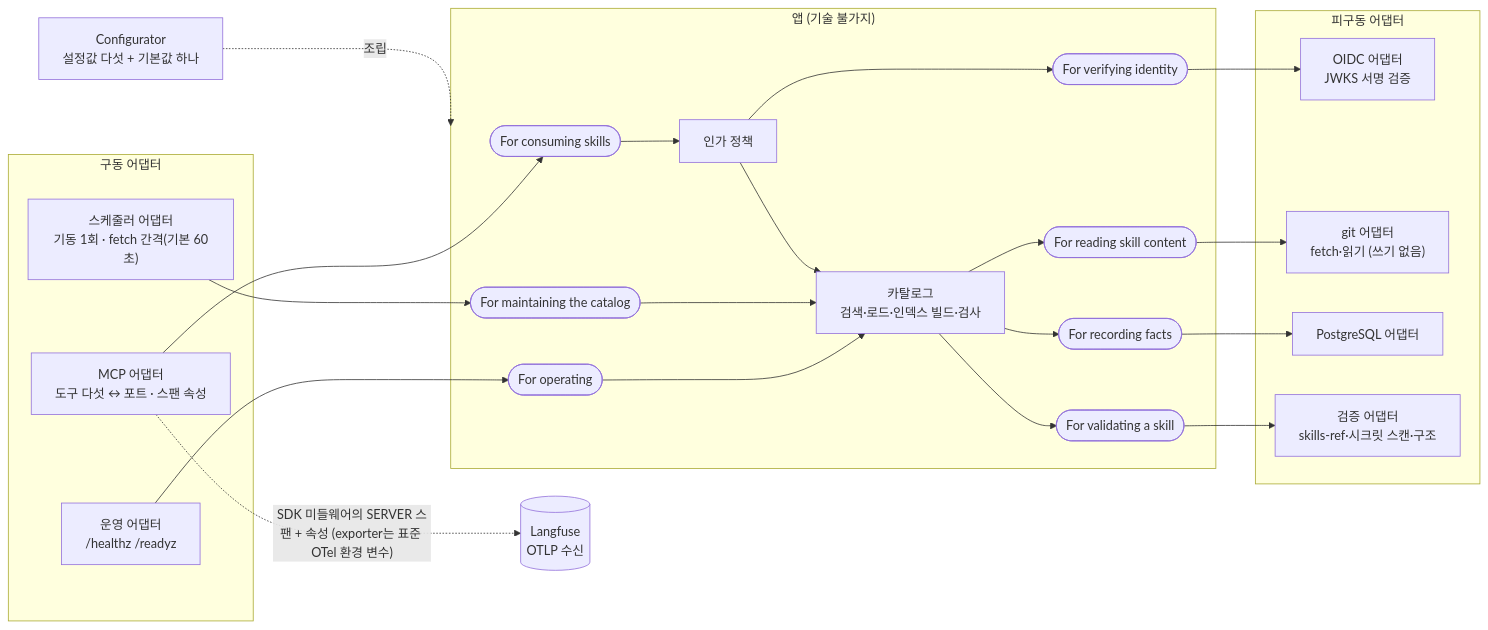
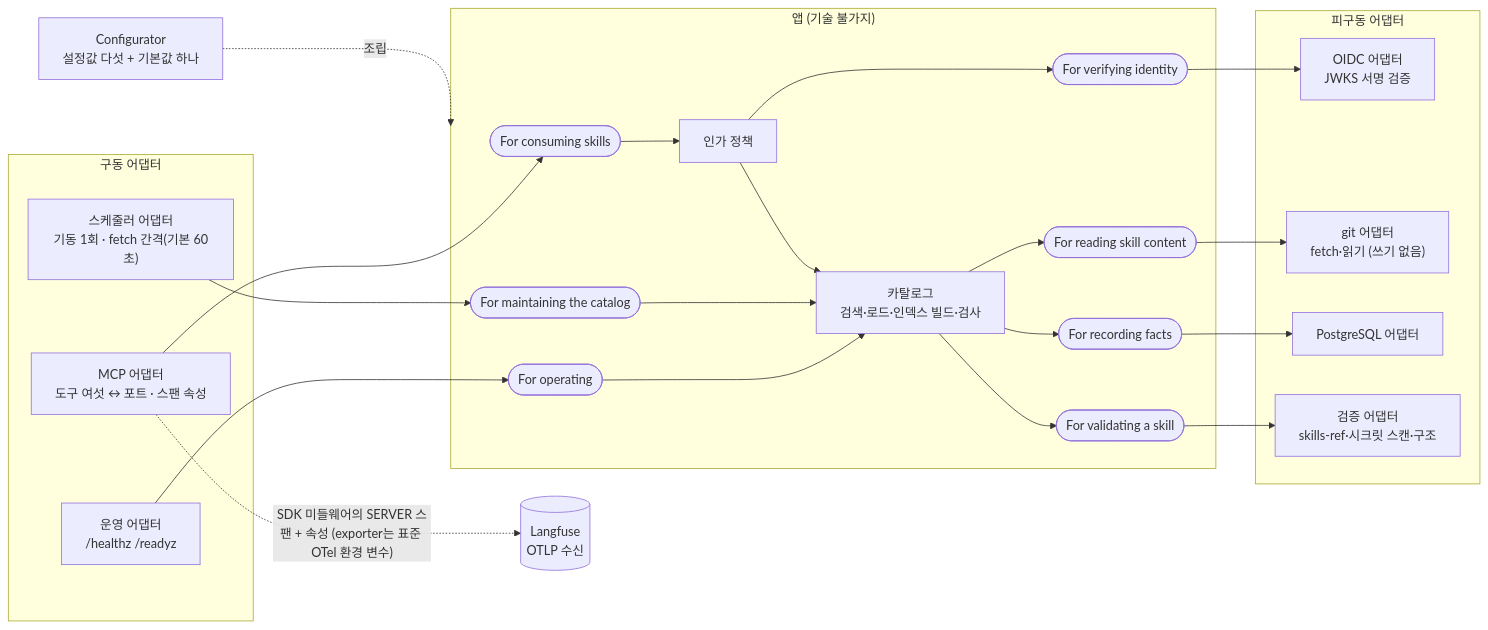
Before and after one commit to alteralab/harness-catalog: the second of 4 diagrams in DESIGN.md, drawn with Mermaid. The commit also changed other lines of this file and 41 other files, not shown here.

````diff
--- a/DESIGN.md
+++ b/DESIGN.md
@@ -86,44 +86,44 @@
 ```mermaid
 flowchart LR
     subgraph DRIVING["구동 어댑터"]
-        MCPA["MCP 어댑터<br/>도구 다섯 ↔ 포트 · 스팬 속성"]
+        MCPA["MCP 어댑터<br/>도구 여섯 ↔ 포트 · 스팬 속성"]
         OPSA["운영 어댑터<br/>/healthz /readyz"]
         SCHED["스케줄러 어댑터<br/>기동 1회 · fetch 간격(기본 60초)"]
     end
     subgraph APP["앱 (기술 불가지)"]
         P1(["For consuming skills"])
         P3(["For operating"])
         P8(["For maintaining the catalog"])
         AUTHZ["인가 정책"]
         CATALOG["카탈로그<br/>검색·로드·인덱스 빌드·검사"]
         P4(["For verifying identity"])
         P5(["For reading skill content"])
         P6(["For recording facts"])
         P7(["For validating a skill"])
     end
     subgraph DRIVEN["피구동 어댑터"]
         OIDCA["OIDC 어댑터<br/>JWKS 서명 검증"]
         GITA["git 어댑터<br/>fetch·읽기 (쓰기 없음)"]
         PGA["PostgreSQL 어댑터"]
         VALA["검증 어댑터<br/>skills-ref·시크릿 스캔·구조"]
     end
     CONF["Configurator<br/>설정값 다섯 + 기본값 하나"]
     OTLP[("Langfuse<br/>OTLP 수신")]
     MCPA --> P1
     OPSA --> P3
     SCHED --> P8
     P3 --> CATALOG
     P8 --> CATALOG
     P1 --> AUTHZ
     AUTHZ --> CATALOG
     AUTHZ --> P4
     CATALOG --> P5
     CATALOG --> P6
     CATALOG --> P7
     P4 --> OIDCA
     P5 --> GITA
     P6 --> PGA
     P7 --> VALA
     CONF -. "조립" .-> APP
     MCPA -. "SDK 미들웨어의 SERVER 스팬 + 속성 (exporter는 표준 OTel 환경 변수)" .-> OTLP
 ```
````
